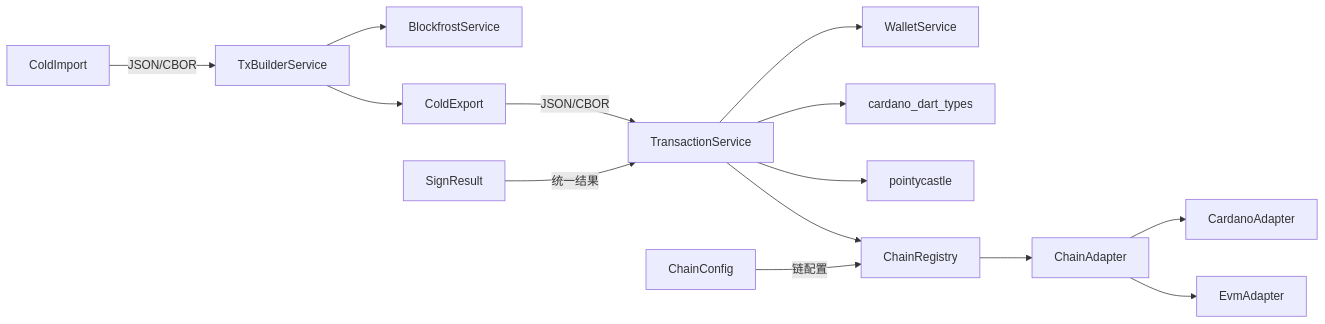
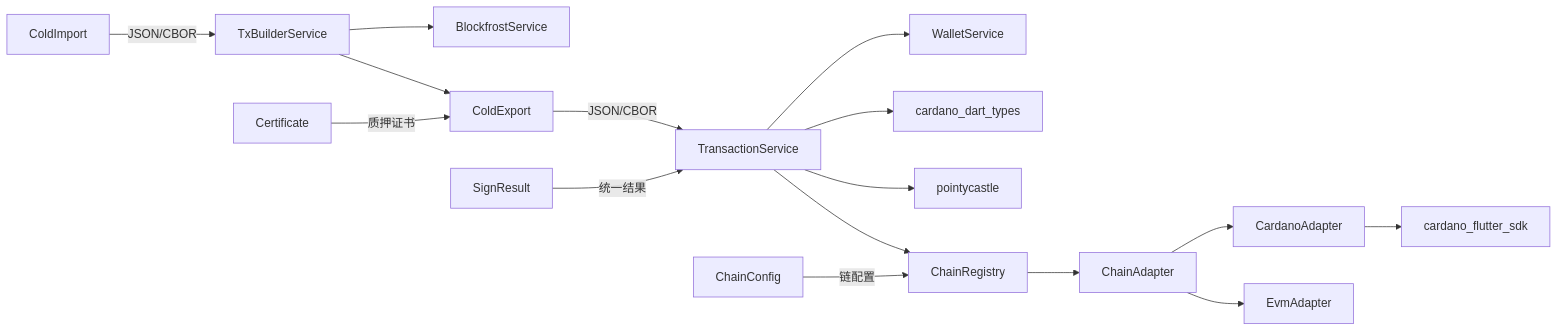
One commit to EqualToEthan/stasis changed the eighth of 8 diagrams in .qoder/repowiki/zh/content/核心服务/交易处理服务.md. Above: the diagram before and after it, drawn with Mermaid. The commit also changed other lines of this file and 60 other files, not shown here.

````diff
--- a/.qoder/repowiki/zh/content/核心服务/交易处理服务.md
+++ b/.qoder/repowiki/zh/content/核心服务/交易处理服务.md
@@ -389,16 +445,18 @@
 ```mermaid
 graph LR
 A["TxBuilderService"] --> B["BlockfrostService"]
 A --> C["ColdExport"]
 D["TransactionService"] --> E["WalletService"]
 D --> F["cardano_dart_types"]
 D --> G["pointycastle"]
 D --> H["ChainRegistry"]
 H --> I["ChainAdapter"]
 I --> J["CardanoAdapter"]
 I --> K["EvmAdapter"]
+J --> L["cardano_flutter_sdk"]
 C -- "JSON/CBOR" --> D
-L["ColdImport"] -- "JSON/CBOR" --> A
-M["SignResult"] -- "统一结果" --> D
-N["ChainConfig"] -- "链配置" --> H
+M["ColdImport"] -- "JSON/CBOR" --> A
+N["SignResult"] -- "统一结果" --> D
+O["ChainConfig"] -- "链配置" --> H
+P["Certificate"] -- "质押证书" --> C
 ```
````
